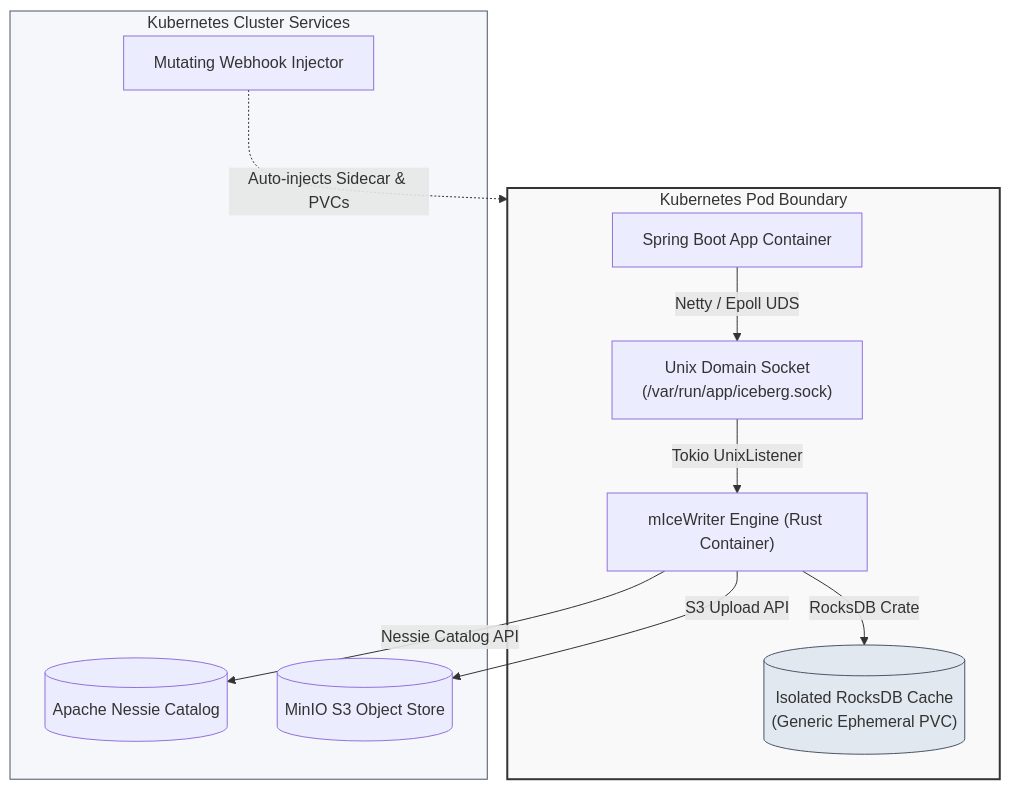
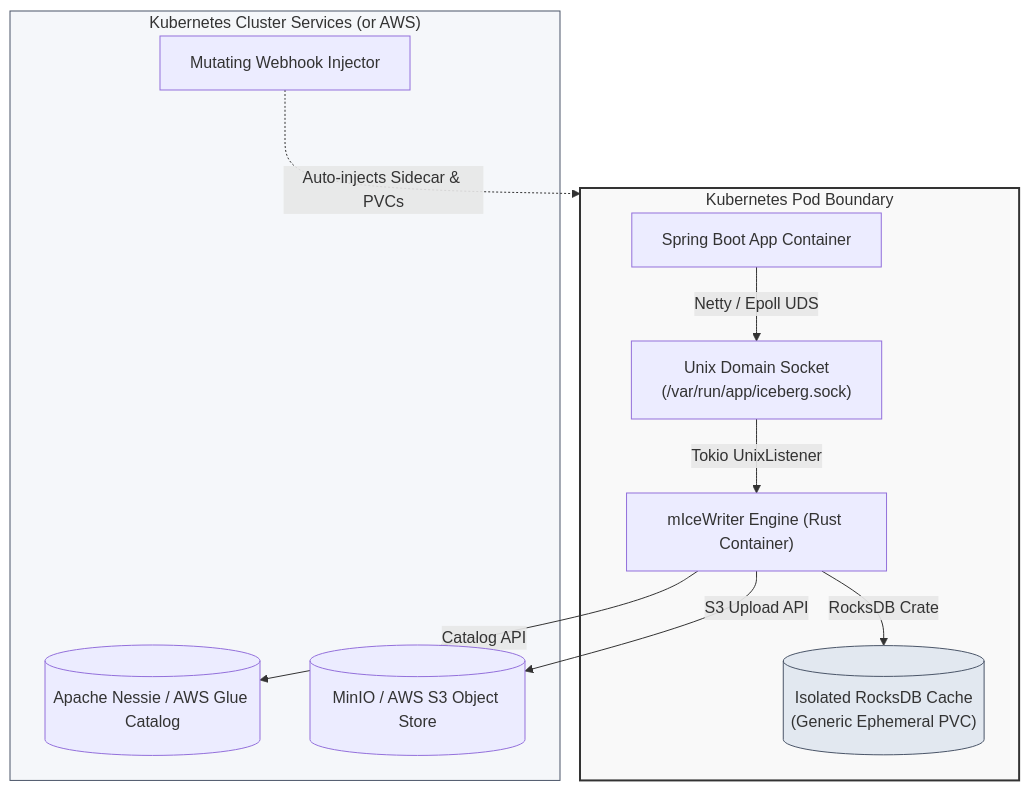
Before and after one commit to markovarghese/micewriter-hub: the diagram in README.md, drawn with Mermaid. The commit also changed 3 other files, not shown here.

Commit message:
docs: add system overview, engine, and SDK documentation and update architecture diagrams in README

````diff
--- a/README.md
+++ b/README.md
@@ -15,22 +15,22 @@
 ```mermaid
 graph TD
     subgraph K8sPod ["Kubernetes Pod Boundary"]
         App["Spring Boot App Container"] -->|Netty / Epoll UDS| UDS["Unix Domain Socket<br/>(/var/run/app/iceberg.sock)"]
         UDS -->|Tokio UnixListener| Engine["mIceWriter Engine (Rust Container)"]
         Engine -->|RocksDB Crate| RocksDB[("Isolated RocksDB Cache<br/>(Generic Ephemeral PVC)")]
     end
 
-    subgraph K8sCluster ["Kubernetes Cluster Services"]
-        Nessie[("Apache Nessie Catalog")]
-        MinIO[("MinIO S3 Object Store")]
+    subgraph K8sCluster ["Kubernetes Cluster Services (or AWS)"]
+        Catalog[("Apache Nessie / AWS Glue Catalog")]
+        ObjectStore[("MinIO / AWS S3 Object Store")]
         Webhook["Mutating Webhook Injector"]
     end
 
-    Engine -->|Nessie Catalog API| Nessie
-    Engine -->|S3 Upload API| MinIO
+    Engine -->|Catalog API| Catalog
+    Engine -->|S3 Upload API| ObjectStore
     Webhook -.->|Auto-injects Sidecar & PVCs| K8sPod
     
     style K8sPod fill:#f9f9f9,stroke:#333,stroke-width:2px
     style K8sCluster fill:#f5f7fa,stroke:#4a5568,stroke-width:1px
     style RocksDB fill:#e2e8f0,stroke:#4a5568,stroke-width:1px
 ```
````
